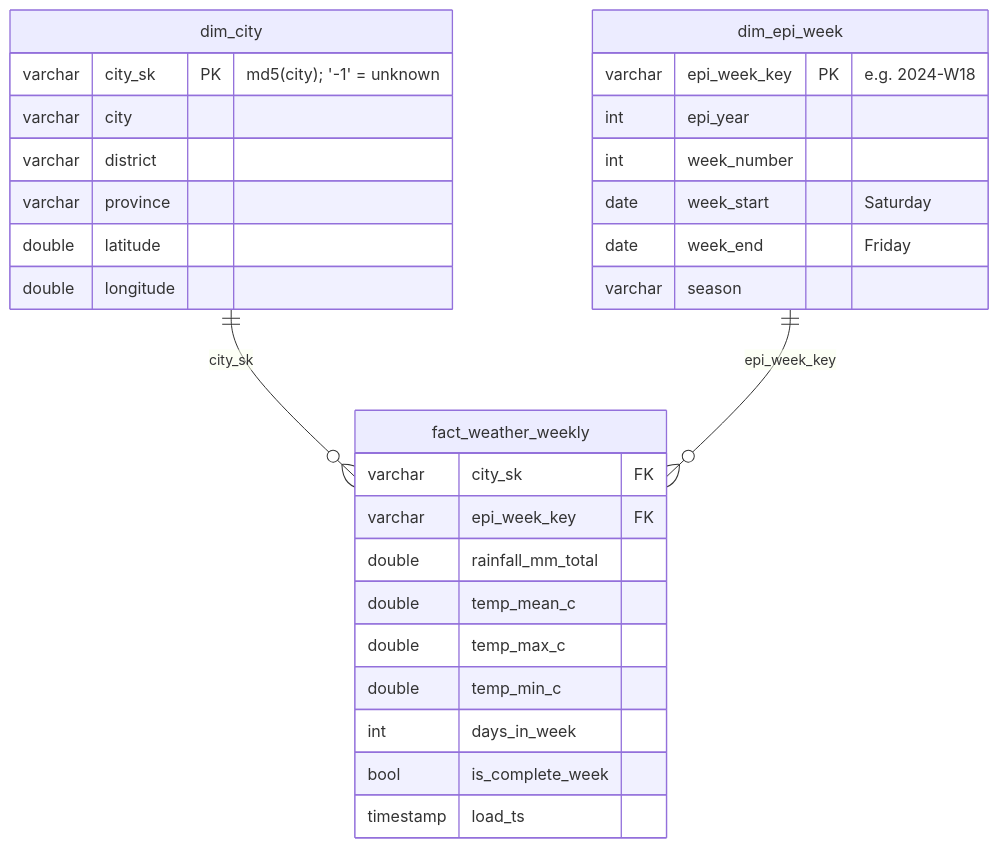
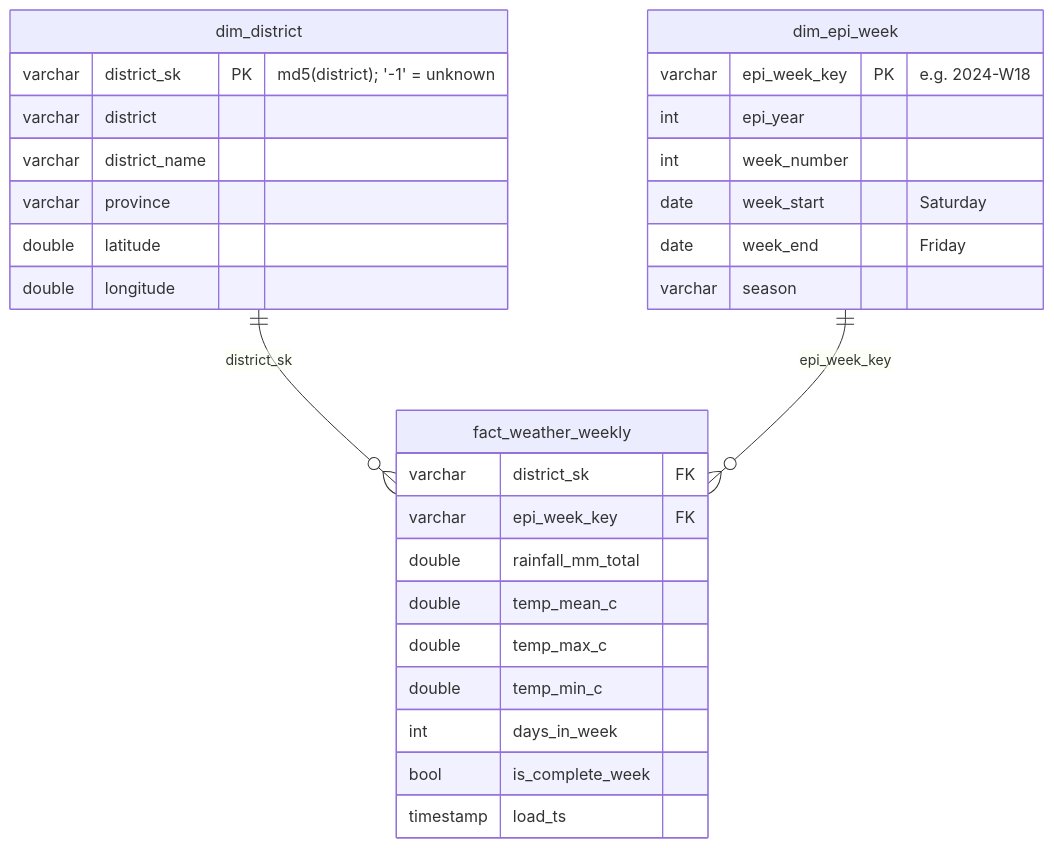
Before and after one commit to iiTzIsh/denguewatch-lk: the diagram in docs/data_model.md, drawn with Mermaid. The commit also changed other lines of this file and 24 other files, not shown here.

Commit message:
25 districts from geoBoundaries, ERA5-Land weather, resumable 2006->now backfill; city -> district across silver/dbt

````diff
--- a/docs/data_model.md
+++ b/docs/data_model.md
@@ -3,32 +3,32 @@
 ```mermaid
 erDiagram
-    dim_city ||--o{ fact_weather_weekly : city_sk
+    dim_district ||--o{ fact_weather_weekly : district_sk
     dim_epi_week ||--o{ fact_weather_weekly : epi_week_key
-    dim_city {
-        varchar city_sk PK "md5(city); '-1' = unknown"
-        varchar city
+    dim_district {
+        varchar district_sk PK "md5(district); '-1' = unknown"
         varchar district
+        varchar district_name
         varchar province
         double latitude
         double longitude
     }
     dim_epi_week {
         varchar epi_week_key PK "e.g. 2024-W18"
         int epi_year
         int week_number
         date week_start "Saturday"
         date week_end "Friday"
         varchar season
     }
     fact_weather_weekly {
-        varchar city_sk FK
+        varchar district_sk FK
         varchar epi_week_key FK
         double rainfall_mm_total
         double temp_mean_c
         double temp_max_c
         double temp_min_c
         int days_in_week
         bool is_complete_week
         timestamp load_ts
     }
 ```
````
